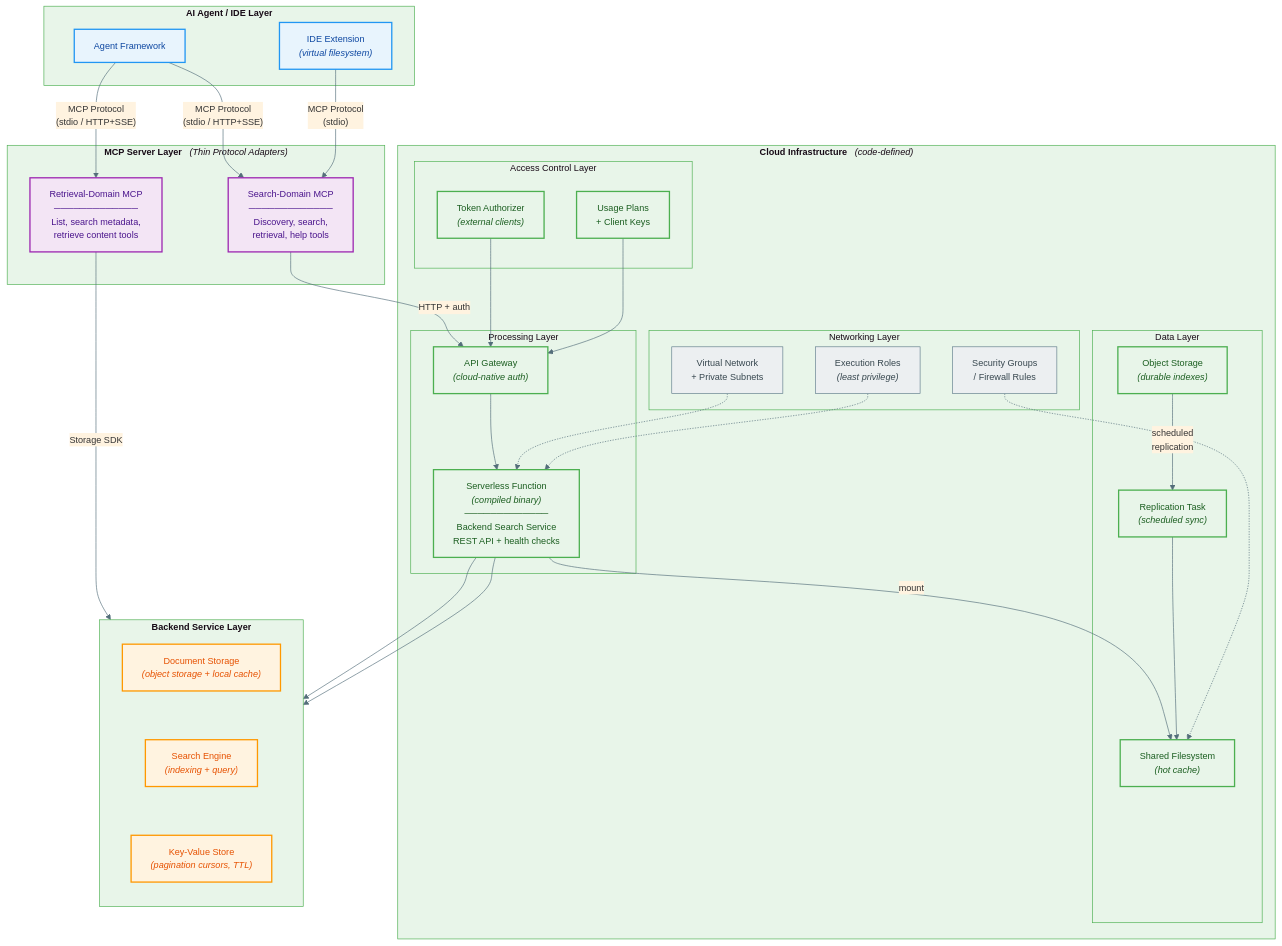
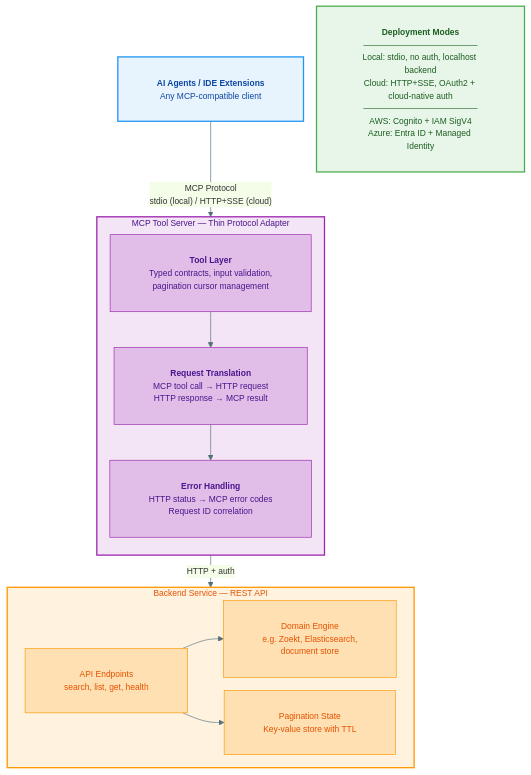
Before and after one commit to Renruize12306/MCP-tool-server-pattern: the diagram in assets/architecture-overview.mmd, drawn with Mermaid. The commit also changed 13 other files, not shown here.

Commit message:
Refine architecture pattern for MCP tool design

```diff
--- a/assets/architecture-overview.mmd
+++ b/assets/architecture-overview.mmd
@@ -1,74 +1,39 @@
-%%{init: {'theme': 'base', 'themeVariables': { 'primaryColor': '#E8F4FD', 'primaryBorderColor': '#2196F3', 'secondaryColor': '#FFF3E0', 'secondaryBorderColor': '#FF9800', 'tertiaryColor': '#E8F5E9', 'tertiaryBorderColor': '#4CAF50', 'lineColor': '#546E7A', 'textColor': '#263238', 'fontSize': '14px'}}}%%
+%%{init: {'theme': 'base', 'flowchart': {'padding': 30, 'nodeSpacing': 20, 'rankSpacing': 30}, 'themeVariables': { 'primaryColor': '#E8F4FD', 'primaryBorderColor': '#2196F3', 'lineColor': '#546E7A', 'textColor': '#263238', 'fontSize': '13px'}}}%%
 
-graph TB
-    subgraph AGENT["<b>AI Agent / IDE Layer</b>"]
-        A1["Agent Framework"]
-        A2["IDE Extension<br/><i>(virtual filesystem)</i>"]
+graph TD
+    C1["<b>AI Agents / IDE Extensions</b><br/>Any MCP-compatible client"]
+
+    subgraph MCP["MCP Tool Server — Thin Protocol Adapter"]
+        direction TB
+        TOOLS["<b>Tool Layer</b><br/>Typed contracts, input validation,<br/>pagination cursor management"]
+        TRANS["<b>Request Translation</b><br/>MCP tool call → HTTP request<br/>HTTP response → MCP result"]
+        ERR["<b>Error Handling</b><br/>HTTP status → MCP error codes<br/>Request ID correlation"]
+        TOOLS --> TRANS --> ERR
     end
 
-    subgraph MCP["<b>MCP Server Layer</b> &nbsp; <i>(Thin Protocol Adapters)</i>"]
-        M1["Search-Domain MCP<br/>─────────────<br/>Discovery, search,<br/>retrieval, help tools"]
-        M2["Retrieval-Domain MCP<br/>─────────────<br/>List, search metadata,<br/>retrieve content tools"]
+    subgraph BACKEND["Backend Service — REST API"]
+        direction LR
+        API["API Endpoints<br/>search, list, get, health"]
+        ENGINE["Domain Engine<br/>e.g. Zoekt, Elasticsearch,<br/>document store"]
+        KV["Pagination State<br/>Key-value store with TTL"]
+        API --> ENGINE
+        API --> KV
     end
 
-    subgraph CLOUD["<b>Cloud Infrastructure</b> &nbsp; <i>(code-defined)</i>"]
-        subgraph GW["Access Control Layer"]
-            AUTH["Token Authorizer<br/><i>(external clients)</i>"]
-            UP["Usage Plans<br/>+ Client Keys"]
-        end
-        subgraph COMPUTE["Processing Layer"]
-            APIGW["API Gateway<br/><i>(cloud-native auth)</i>"]
-            FN["Serverless Function<br/><i>(compiled binary)</i><br/>─────────────<br/>Backend Search Service<br/>REST API + health checks"]
-        end
-        subgraph STORAGE["Data Layer"]
-            OBJSTORE["Object Storage<br/><i>(durable indexes)</i>"]
-            SHAREDFS["Shared Filesystem<br/><i>(hot cache)</i>"]
-            REPL["Replication Task<br/><i>(scheduled sync)</i>"]
-        end
-        subgraph FOUNDATION["Networking Layer"]
-            VNET["Virtual Network<br/>+ Private Subnets"]
-            ROLES["Execution Roles<br/><i>(least privilege)</i>"]
-            SECGRP["Security Groups<br/>/ Firewall Rules"]
-        end
-    end
+    DEPLOY["<b>Deployment Modes</b><br/>───────────────────<br/>Local: stdio, no auth, localhost backend<br/>Cloud: HTTP+SSE, OAuth2 + cloud-native auth<br/>───────────────────<br/>AWS: Cognito + IAM SigV4<br/>Azure: Entra ID + Managed Identity"]
 
-    subgraph BACKEND["<b>Backend Service Layer</b>"]
-        direction TB
-        DOCSTORE["Document Storage<br/><i>(object storage + local cache)</i>"]
-        SEARCH["Search Engine<br/><i>(indexing + query)</i>"]
-        KVSTORE["Key-Value Store<br/><i>(pagination cursors, TTL)</i>"]
-        DOCSTORE ~~~ SEARCH ~~~ KVSTORE
-    end
+    C1 -- "MCP Protocol<br/>stdio (local) / HTTP+SSE (cloud)" --> TOOLS
+    ERR -- "HTTP + auth" --> API
 
-    A1 -- "MCP Protocol<br/>(stdio / HTTP+SSE)" --> M1
-    A1 -- "MCP Protocol<br/>(stdio / HTTP+SSE)" --> M2
-    A2 -- "MCP Protocol<br/>(stdio)" --> M1
+    style MCP fill:#F3E5F5,stroke:#9C27B0,stroke-width:2px,color:#4A148C
+    style BACKEND fill:#FFF3E0,stroke:#FF9800,stroke-width:2px,color:#E65100
 
-    M1 -- "HTTP + auth" --> APIGW
-    M2 -- "Storage SDK" --> DOCSTORE
+    classDef clientStyle fill:#E8F4FD,stroke:#2196F3,stroke-width:2px,color:#0D47A1
+    classDef mcpStyle fill:#E1BEE7,stroke:#9C27B0,stroke-width:1px,color:#4A148C
+    classDef beStyle fill:#FFE0B2,stroke:#FF9800,stroke-width:1px,color:#E65100
+    classDef deployStyle fill:#E8F5E9,stroke:#4CAF50,stroke-width:2px,color:#1B5E20
 
-    AUTH --> APIGW
-    UP --> APIGW
-    APIGW --> FN
-    FN --> SEARCH
-    FN --> KVSTORE
-    FN -- "mount" --> SHAREDFS
-    OBJSTORE -- "scheduled<br/>replication" --> REPL
-    REPL --> SHAREDFS
-
-    VNET -.-> FN
-    SECGRP -.-> SHAREDFS
-    ROLES -.-> FN
-
-    classDef agentStyle fill:#E8F4FD,stroke:#2196F3,stroke-width:2px,color:#0D47A1
-    classDef mcpStyle fill:#F3E5F5,stroke:#9C27B0,stroke-width:2px,color:#4A148C
-    classDef backendStyle fill:#FFF3E0,stroke:#FF9800,stroke-width:2px,color:#E65100
-    classDef cloudStyle fill:#E8F5E9,stroke:#4CAF50,stroke-width:2px,color:#1B5E20
-    classDef infraStyle fill:#ECEFF1,stroke:#607D8B,stroke-width:1px,color:#37474F
-
-    class A1,A2 agentStyle
-    class M1,M2 mcpStyle
-    class DOCSTORE,SEARCH,KVSTORE backendStyle
-    class APIGW,FN,AUTH,UP cloudStyle
-    class OBJSTORE,SHAREDFS,REPL cloudStyle
-    class VNET,ROLES,SECGRP infraStyle
+    class C1 clientStyle
+    class TOOLS,TRANS,ERR mcpStyle
+    class API,ENGINE,KV beStyle
+    class DEPLOY deployStyle
```
